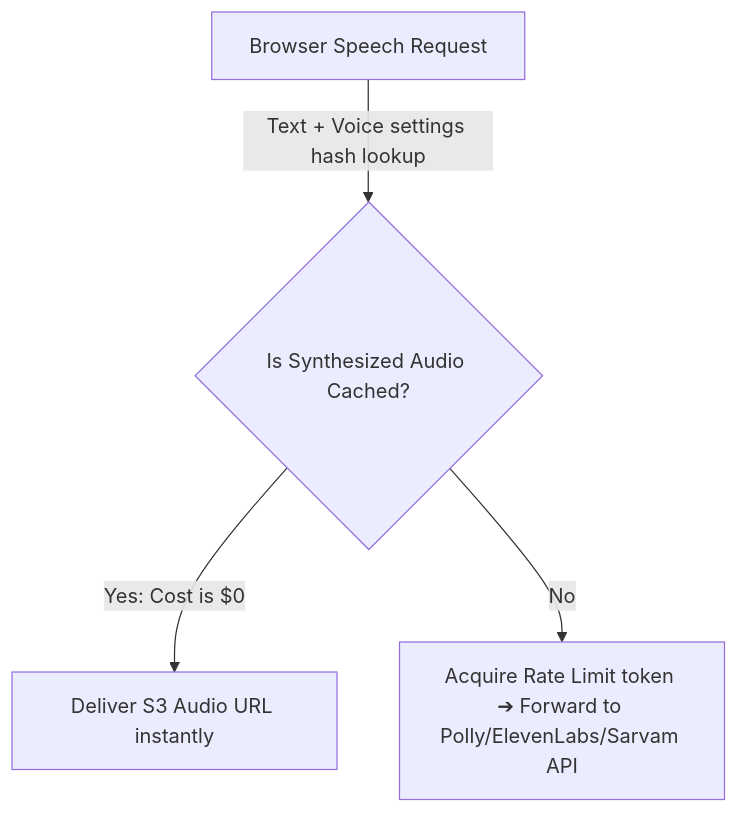
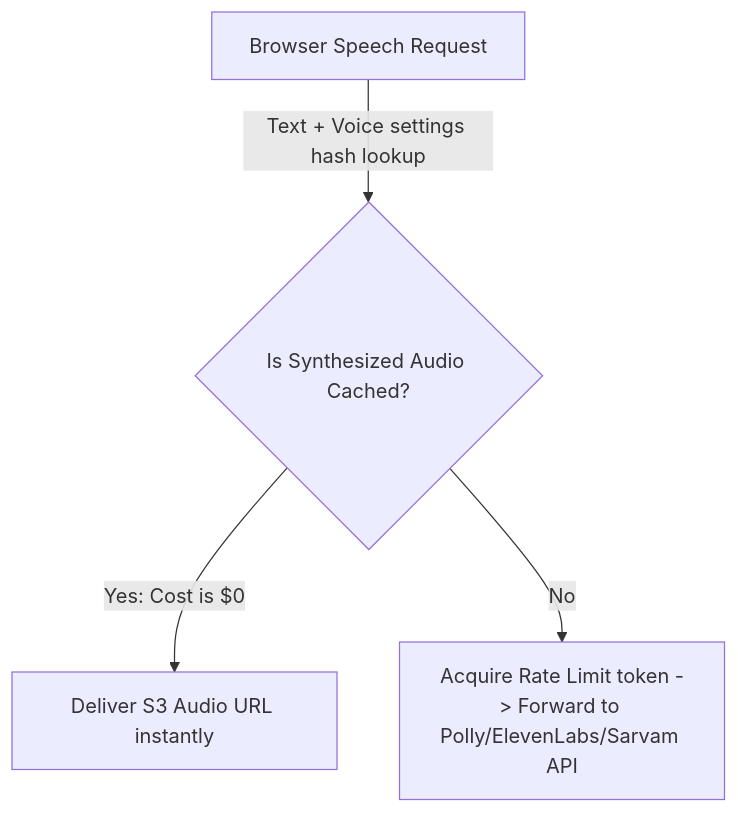
One commit to Mohitur669/speakit changed diagram 25 of 26 in docs/architechture-and-guides/speakit-tech-dive.md. Above: the diagram before and after it, drawn with Mermaid. The commit also changed other lines of this file and 31 other files, not shown here.

First line of the commit message:
docs: comprehensive documentation audit, architecture discovery, and specification modernization (#104)

````diff
--- a/docs/architechture-and-guides/speakit-tech-dive.md
+++ b/docs/architechture-and-guides/speakit-tech-dive.md
@@ -1416,6 +1711,6 @@
 ```mermaid
 graph TD
     Req["Browser Speech Request"] -->|Text + Voice settings hash lookup| Cache{"Is Synthesized Audio Cached?"}
     Cache -->|Yes: Cost is $0| S3["Deliver S3 Audio URL instantly"]
-    Cache -->|No| Engine["Acquire Rate Limit token ➔ Forward to Polly/ElevenLabs/Sarvam API"]
+    Cache -->|No| Engine["Acquire Rate Limit token -> Forward to Polly/ElevenLabs/Sarvam API"]
 ```
````
